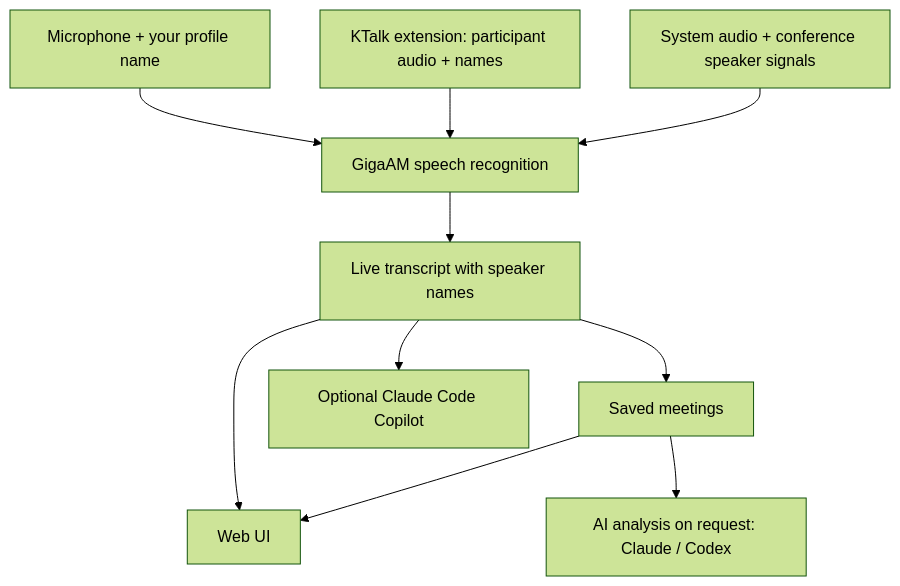
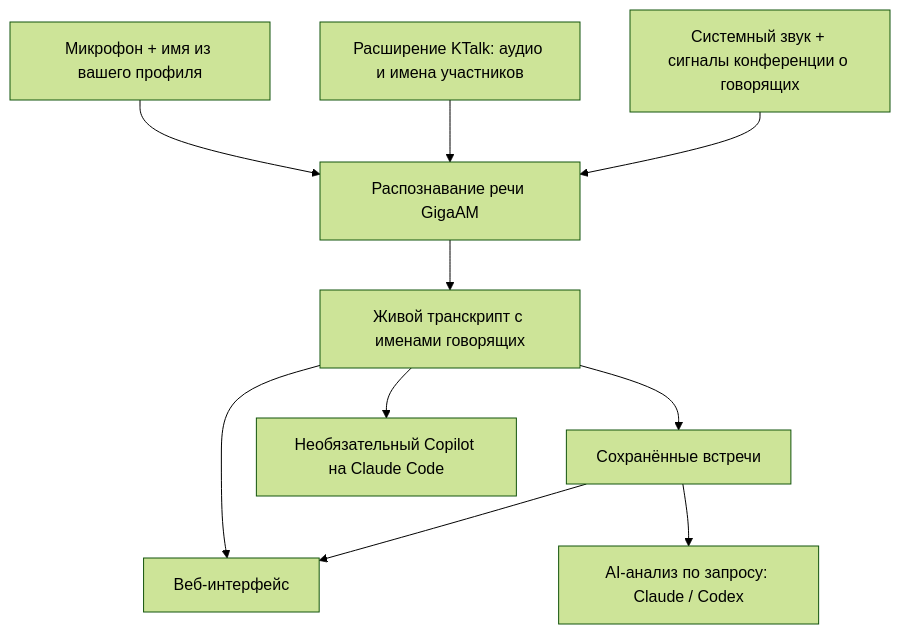
One commit to materkey/recog changed the diagram in README.md. Above: the diagram before and after it, drawn with Mermaid (forest theme). The commit also changed other lines of this file and 1 other file, not shown here.

````diff
--- a/README.md
+++ b/README.md
@@ -66,12 +74,12 @@
 ```mermaid
 flowchart TD
-    Mic[Microphone + your profile name] --> ASR[GigaAM speech recognition]
-    KTalk[KTalk extension: participant audio + names] --> ASR
-    System[System audio + conference speaker signals] --> ASR
-    ASR --> Transcript[Live transcript with speaker names]
-    Transcript --> Storage[Saved meetings]
-    Transcript --> Web[Web UI]
+    Mic[Микрофон + имя из вашего профиля] --> ASR[Распознавание речи GigaAM]
+    KTalk[Расширение KTalk: аудио и имена участников] --> ASR
+    System[Системный звук + сигналы конференции о говорящих] --> ASR
+    ASR --> Transcript[Живой транскрипт с именами говорящих]
+    Transcript --> Storage[Сохранённые встречи]
+    Transcript --> Web[Веб-интерфейс]
     Storage --> Web
-    Transcript --> Copilot[Optional Claude Code Copilot]
-    Storage --> Analysis[AI analysis on request: Claude / Codex]
+    Transcript --> Copilot[Необязательный Copilot на Claude Code]
+    Storage --> Analysis[AI-анализ по запросу: Claude / Codex]
 ```
````
